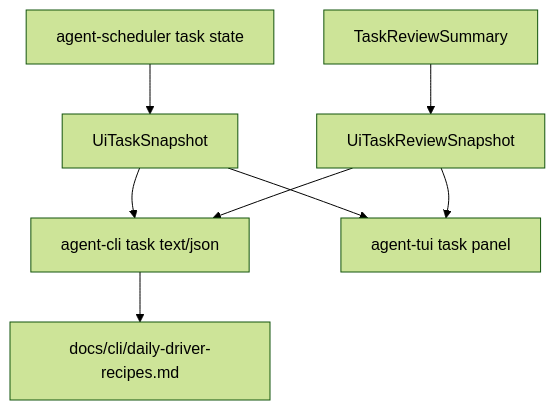
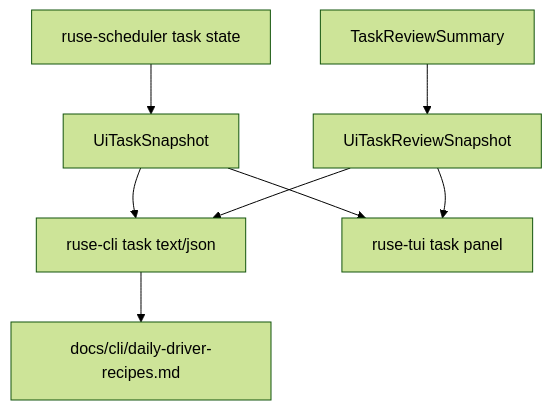
The diagram in docs/specs/M59-05-task-status-json-recipes.spec.md (poneding/agent), drawn with Mermaid (forest theme) before and after one commit. The commit also changed other lines of this file and 2091 other files, not shown here.

First line of the commit message:
refactor: rename agent branding to ruse

````diff
--- a/docs/specs/M59-05-task-status-json-recipes.spec.md
+++ b/docs/specs/M59-05-task-status-json-recipes.spec.md
@@ -32,10 +32,10 @@
 ```mermaid
 flowchart TD
-  Scheduler["agent-scheduler task state"] --> Bridge["UiTaskSnapshot"]
+  Scheduler["ruse-scheduler task state"] --> Bridge["UiTaskSnapshot"]
   CoreReview["TaskReviewSummary"] --> BridgeReview["UiTaskReviewSnapshot"]
-  Bridge --> CLI["agent-cli task text/json"]
+  Bridge --> CLI["ruse-cli task text/json"]
   BridgeReview --> CLI
-  Bridge --> TUI["agent-tui task panel"]
+  Bridge --> TUI["ruse-tui task panel"]
   BridgeReview --> TUI
   CLI --> Docs["docs/cli/daily-driver-recipes.md"]
 ```
````
